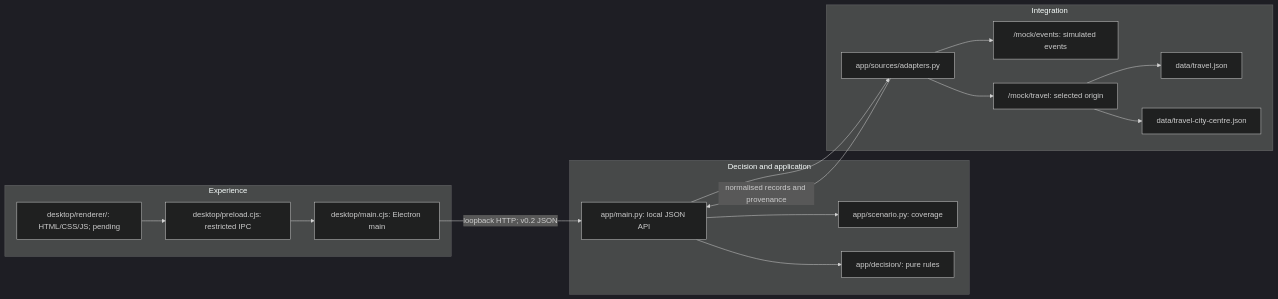
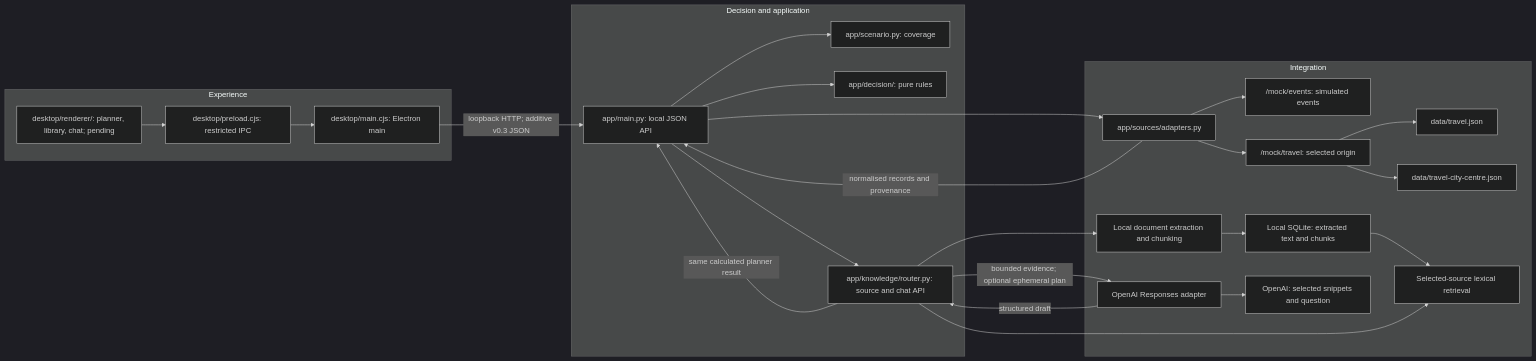
The diagram in docs/ARCHITECTURE.md (wahab-linux/my-jinni), drawn with Mermaid (dark theme) before and after one commit. The commit also changed other lines of this file and 29 other files, not shown here.

Commit message:
Add local source library and grounded OpenAI answers

````diff
--- a/docs/ARCHITECTURE.md
+++ b/docs/ARCHITECTURE.md
@@ -5,31 +5,46 @@
 ```mermaid
 flowchart LR
     subgraph Experience
-        Renderer["desktop/renderer/: HTML/CSS/JS; pending"]
+        Renderer["desktop/renderer/: planner, library, chat; pending"]
         Bridge["desktop/preload.cjs: restricted IPC"]
         Main["desktop/main.cjs: Electron main"]
         Renderer --> Bridge
         Bridge --> Main
     end
     subgraph DecisionApplication[Decision and application]
         API["app/main.py: local JSON API"]
         Scenario["app/scenario.py: coverage"]
         Engine["app/decision/: pure rules"]
+        Knowledge["app/knowledge/router.py: source and chat API"]
         API --> Scenario
         API --> Engine
+        API --> Knowledge
     end
     subgraph Integration
         Adapters["app/sources/adapters.py"]
         Events["/mock/events: simulated events"]
         Travel["/mock/travel: selected origin"]
         Campus["data/travel.json"]
         City["data/travel-city-centre.json"]
+        Ingestion["Local document extraction and chunking"]
+        Store["Local SQLite: extracted text and chunks"]
+        Retrieval["Selected-source lexical retrieval"]
+        AI["OpenAI Responses adapter"]
+        OpenAI["OpenAI: selected snippets and question"]
         Adapters --> Events
         Adapters --> Travel
         Travel --> Campus
         Travel --> City
+        Ingestion --> Store
+        Store --> Retrieval
+        AI --> OpenAI
     end
-    Main -->|"loopback HTTP; v0.2 JSON"| API
+    Main -->|"loopback HTTP; additive v0.3 JSON"| API
     API --> Adapters
     Adapters -->|"normalised records and provenance"| API
+    Knowledge --> Ingestion
+    Knowledge --> Retrieval
+    Knowledge -->|"same calculated planner result"| API
+    Knowledge -->|"bounded evidence; optional ephemeral plan"| AI
+    AI -->|"structured draft"| Knowledge
 ```
````
